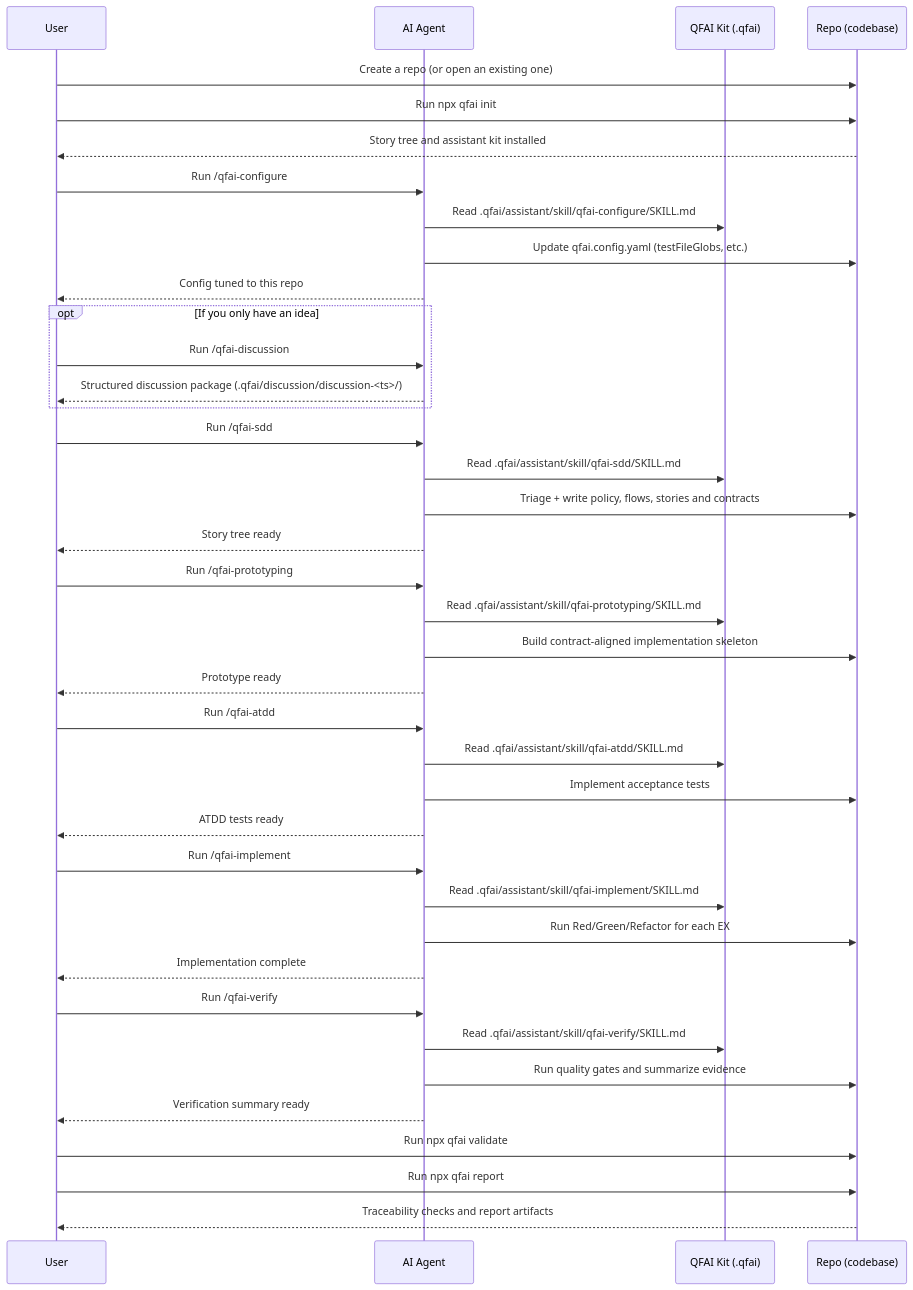
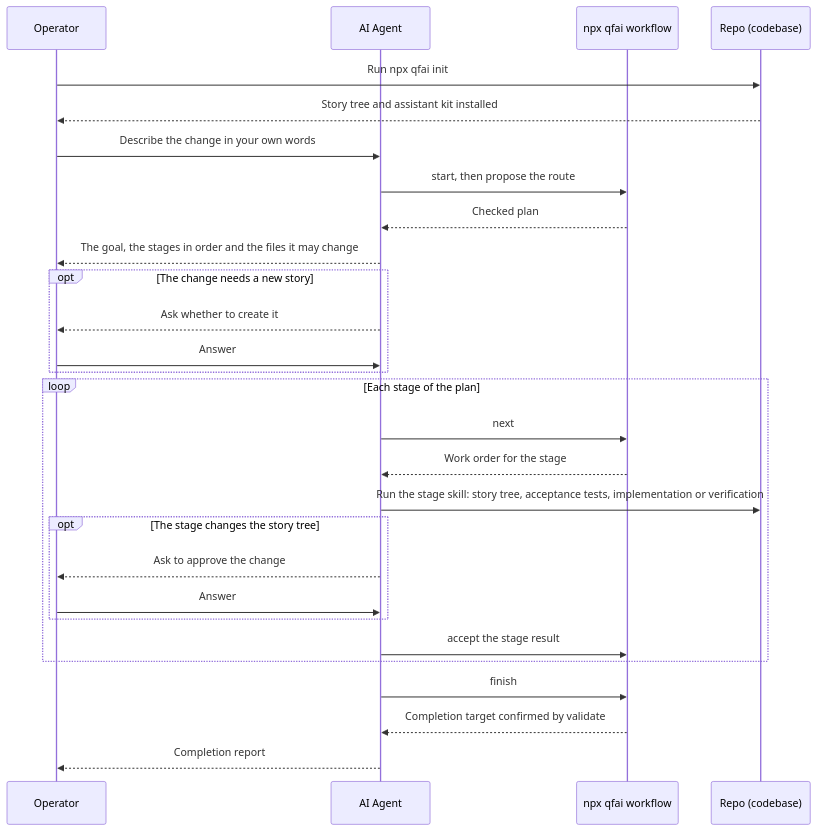
One commit to aganesy/QFAI changed the first of 2 diagrams in README.md. Above: the diagram before and after it, drawn with Mermaid. The commit also changed other lines of this file and 28 other files, not shown here.

First line of the commit message:
test(workflow): drive the workflow journeys end to end, and port the routing eval

````diff
--- a/README.md
+++ b/README.md
@@ -231,50 +273,35 @@
 ```mermaid
 sequenceDiagram
-participant U as User
+participant O as Operator
 participant AG as AI Agent
-participant Q as QFAI Kit (.qfai)
+participant W as npx qfai workflow
 participant R as Repo (codebase)
 
-U->>R: Create a repo (or open an existing one)
-U->>R: Run npx qfai init
-R-->>U: Story tree and assistant kit installed
+O->>R: Run npx qfai init
+R-->>O: Story tree and assistant kit installed
 
-U->>AG: Run /qfai-configure
-AG->>Q: Read .qfai/assistant/skill/qfai-configure/SKILL.md
-AG->>R: Update qfai.config.yaml (testFileGlobs, etc.)
-AG-->>U: Config tuned to this repo
+O->>AG: Describe the change in your own words
+AG->>W: start, then propose the route
+W-->>AG: Checked plan
+AG-->>O: The goal, the stages in order and the files it may change
 
-opt If you only have an idea
-U->>AG: Run /qfai-discussion
-AG-->>U: Structured discussion package (.qfai/discussion/discussion-<ts>/)
+opt The change needs a new story
+AG-->>O: Ask whether to create it
+O->>AG: Answer
 end
 
-U->>AG: Run /qfai-sdd
-AG->>Q: Read .qfai/assistant/skill/qfai-sdd/SKILL.md
-AG->>R: Triage + write policy, flows, stories and contracts
-AG-->>U: Story tree ready
+loop Each stage of the plan
+AG->>W: next
+W-->>AG: Work order for the stage
+AG->>R: Run the stage skill: story tree, acceptance tests, implementation or verification
+opt The stage changes the story tree
+AG-->>O: Ask to approve the change
+O->>AG: Answer
+end
+AG->>W: accept the stage result
+end
 
-U->>AG: Run /qfai-prototyping
-AG->>Q: Read .qfai/assistant/skill/qfai-prototyping/SKILL.md
-AG->>R: Build contract-aligned implementation skeleton
-AG-->>U: Prototype ready
-
-U->>AG: Run /qfai-atdd
-AG->>Q: Read .qfai/assistant/skill/qfai-atdd/SKILL.md
-AG->>R: Implement acceptance tests
-AG-->>U: ATDD tests ready
-
-U->>AG: Run /qfai-implement
-AG->>Q: Read .qfai/assistant/skill/qfai-implement/SKILL.md
-AG->>R: Run Red/Green/Refactor for each EX
-AG-->>U: Implementation complete
-
-U->>AG: Run /qfai-verify
-AG->>Q: Read .qfai/assistant/skill/qfai-verify/SKILL.md
-AG->>R: Run quality gates and summarize evidence
-AG-->>U: Verification summary ready
-
-U->>R: Run npx qfai validate
-U->>R: Run npx qfai report
-R-->>U: Traceability checks and report artifacts
+AG->>W: finish
+W-->>AG: Completion target confirmed by validate
+AG-->>O: Completion report
 ```
````
